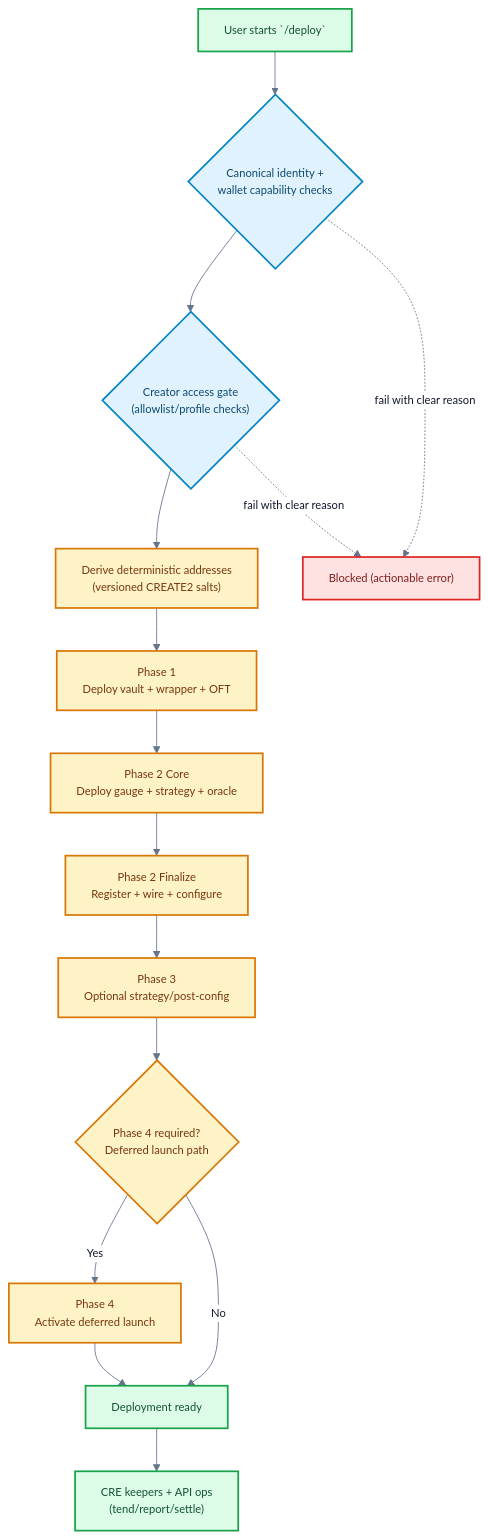
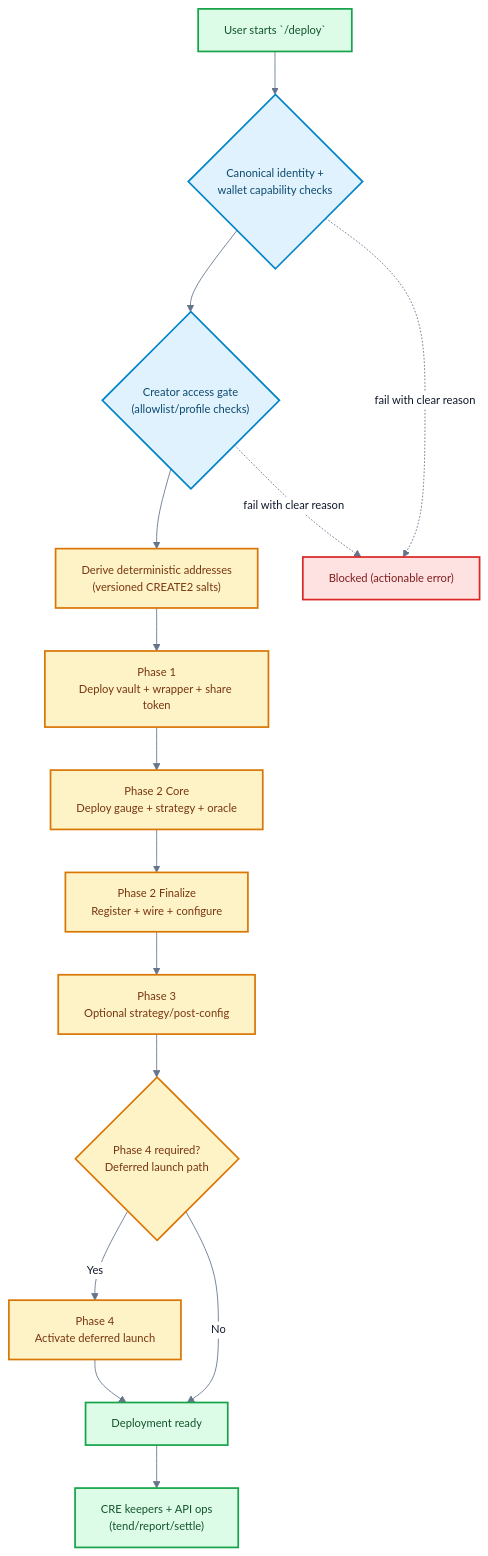
The second of 3 diagrams in README.md (wenakita/4626-chainlink-submission), drawn with Mermaid before and after one commit. The commit also changed other lines of this file, not shown here.

````diff
--- a/README.md
+++ b/README.md
@@ -157,29 +153,29 @@
 ```mermaid
 %%{init: {"theme":"base","themeVariables":{"fontFamily":"Inter, ui-sans-serif, system-ui","fontSize":"13px","lineColor":"#64748B","primaryColor":"#FFFFFF","primaryTextColor":"#0F172A"}}}%%
 flowchart TD
   Start["User starts `/deploy`"] --> Identity{"Canonical identity +\nwallet capability checks"}
   Identity --> Access{"Creator access gate\n(allowlist/profile checks)"}
   Access --> Salt["Derive deterministic addresses\n(versioned CREATE2 salts)"]
 
-  Salt --> P1["Phase 1\nDeploy vault + wrapper + OFT"]
+  Salt --> P1["Phase 1\nDeploy vault + wrapper + share token"]
   P1 --> P2Core["Phase 2 Core\nDeploy gauge + strategy + oracle"]
   P2Core --> P2Final["Phase 2 Finalize\nRegister + wire + configure"]
   P2Final --> P3["Phase 3\nOptional strategy/post-config"]
   P3 --> P4{"Phase 4 required?\nDeferred launch path"}
   P4 -->|Yes| Launch["Phase 4\nActivate deferred launch"]
   P4 -->|No| Ready["Deployment ready"]
   Launch --> Ready
   Ready --> Ops["CRE keepers + API ops\n(tend/report/settle)"]
 
   Identity -. "fail with clear reason" .-> Blocked["Blocked (actionable error)"]
   Access -. "fail with clear reason" .-> Blocked
 
   classDef gate fill:#E0F2FE,stroke:#0284C7,stroke-width:2px,color:#0C4A6E;
   classDef phase fill:#FEF3C7,stroke:#D97706,stroke-width:2px,color:#78350F;
   classDef success fill:#DCFCE7,stroke:#16A34A,stroke-width:2px,color:#14532D;
   classDef blocked fill:#FEE2E2,stroke:#DC2626,stroke-width:2px,color:#7F1D1D;
   class Identity,Access gate;
   class P1,P2Core,P2Final,P3,P4,Launch,Salt phase;
   class Ready,Ops,Start success;
   class Blocked blocked;
 ```
````
